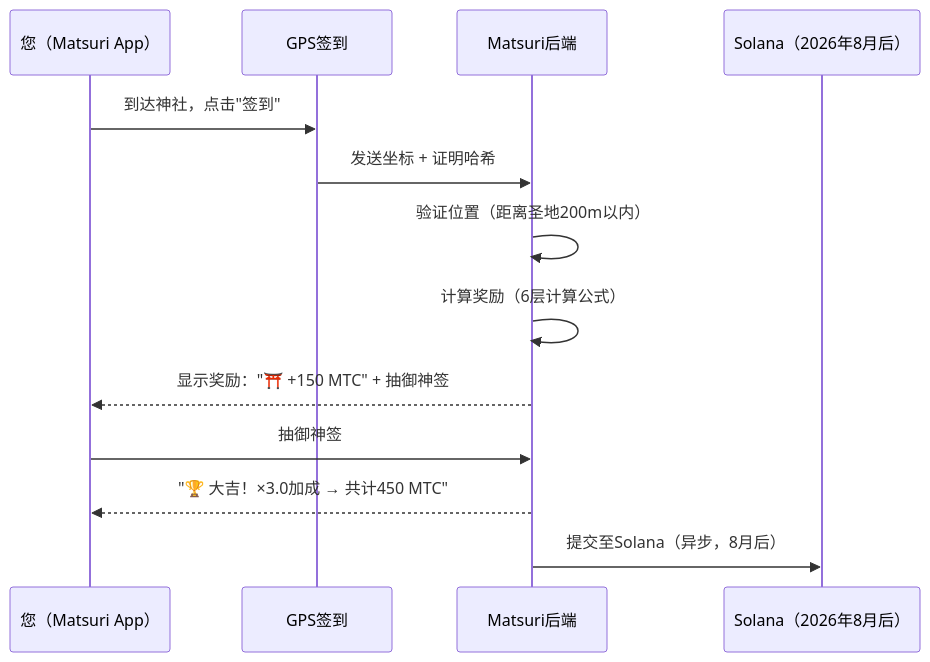
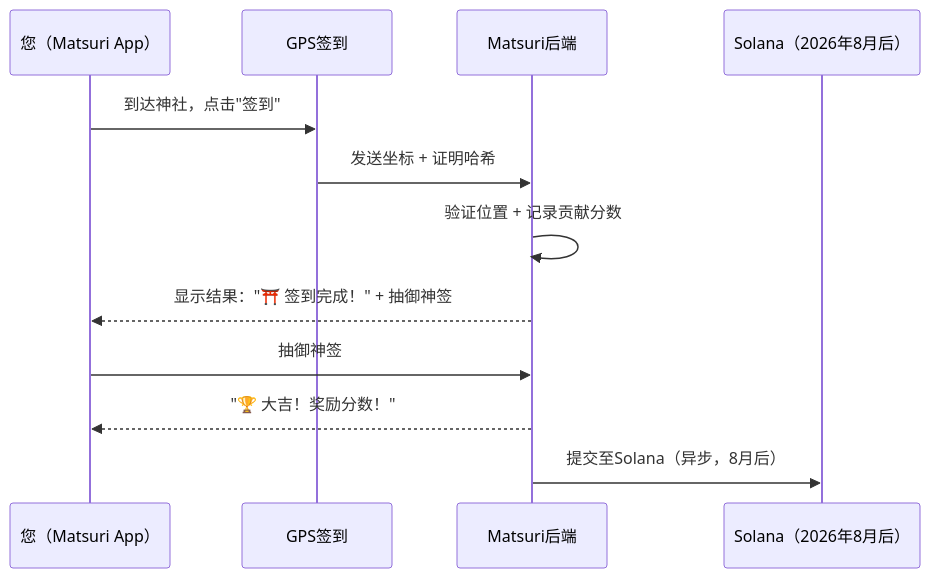
Before and after one commit to Cootakahashi/matsuri-dao-whitepaper: the second of 3 diagrams in i18n/zh-Hans/docusaurus-plugin-content-docs/current/04b-how-to-earn.md, drawn with Mermaid. The commit also changed other lines of this file and 51 other files, not shown here.

````diff
--- a/i18n/zh-Hans/docusaurus-plugin-content-docs/current/04b-how-to-earn.md
+++ b/i18n/zh-Hans/docusaurus-plugin-content-docs/current/04b-how-to-earn.md
@@ -76,16 +76,15 @@
 ```mermaid
 sequenceDiagram
     participant U as 您（Matsuri App）
     participant GPS as GPS签到
     participant API as Matsuri后端
     participant SC as Solana（2026年8月后）
 
     U->>GPS: 到达神社，点击"签到"
     GPS->>API: 发送坐标 + 证明哈希
-    API->>API: 验证位置（距离圣地200m以内）
-    API->>API: 计算奖励（6层计算公式）
-    API-->>U: 显示奖励："⛩️ +150 MTC" + 抽御神签
+    API->>API: 验证位置 + 记录贡献分数
+    API-->>U: 显示结果："⛩️ 签到完成！" + 抽御神签
     U->>API: 抽御神签
-    API-->>U: "🏆 大吉！×3.0加成 → 共计450 MTC"
+    API-->>U: "🏆 大吉！奖励分数！"
     API->>SC: 提交至Solana（异步，8月后）
 ```
````
